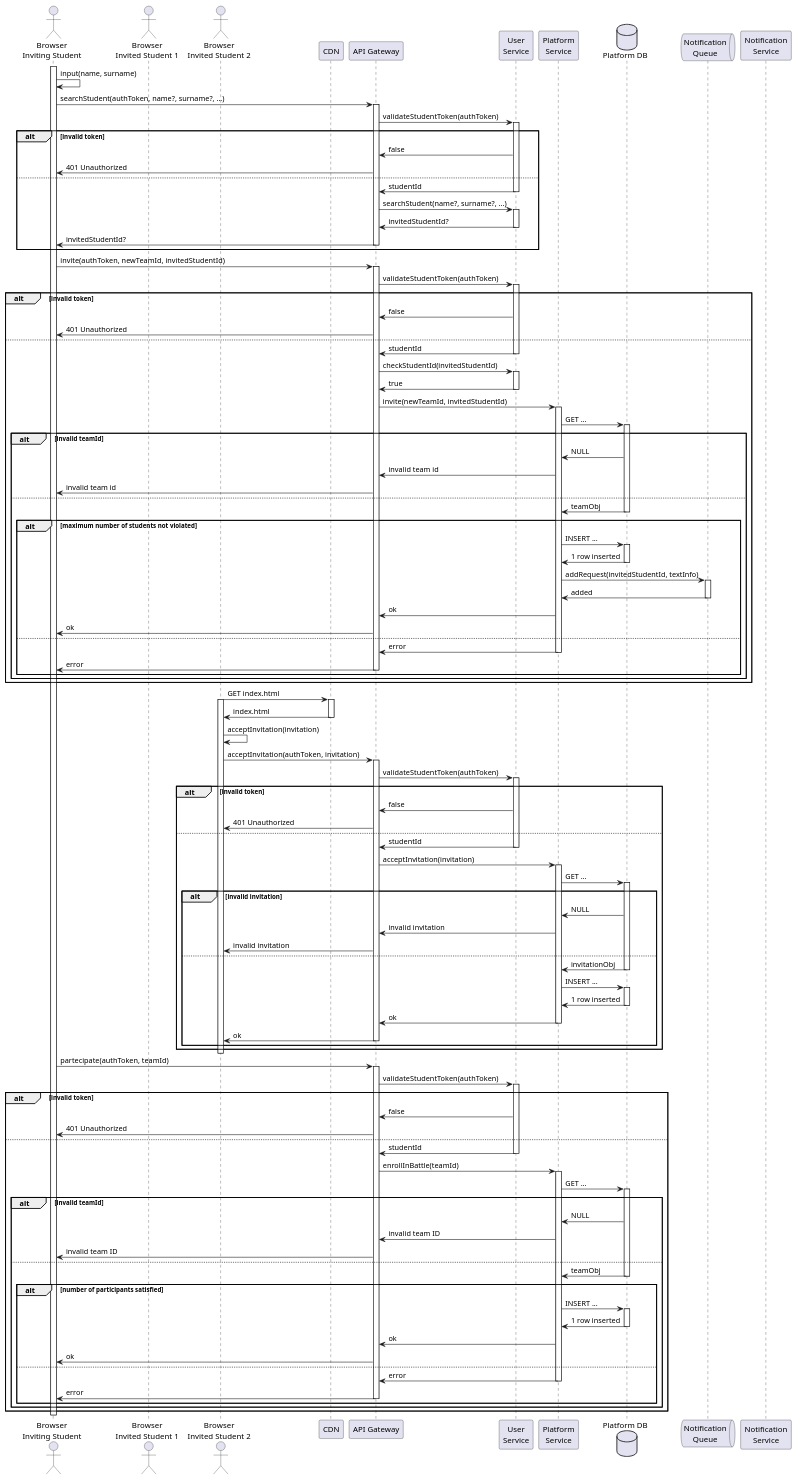
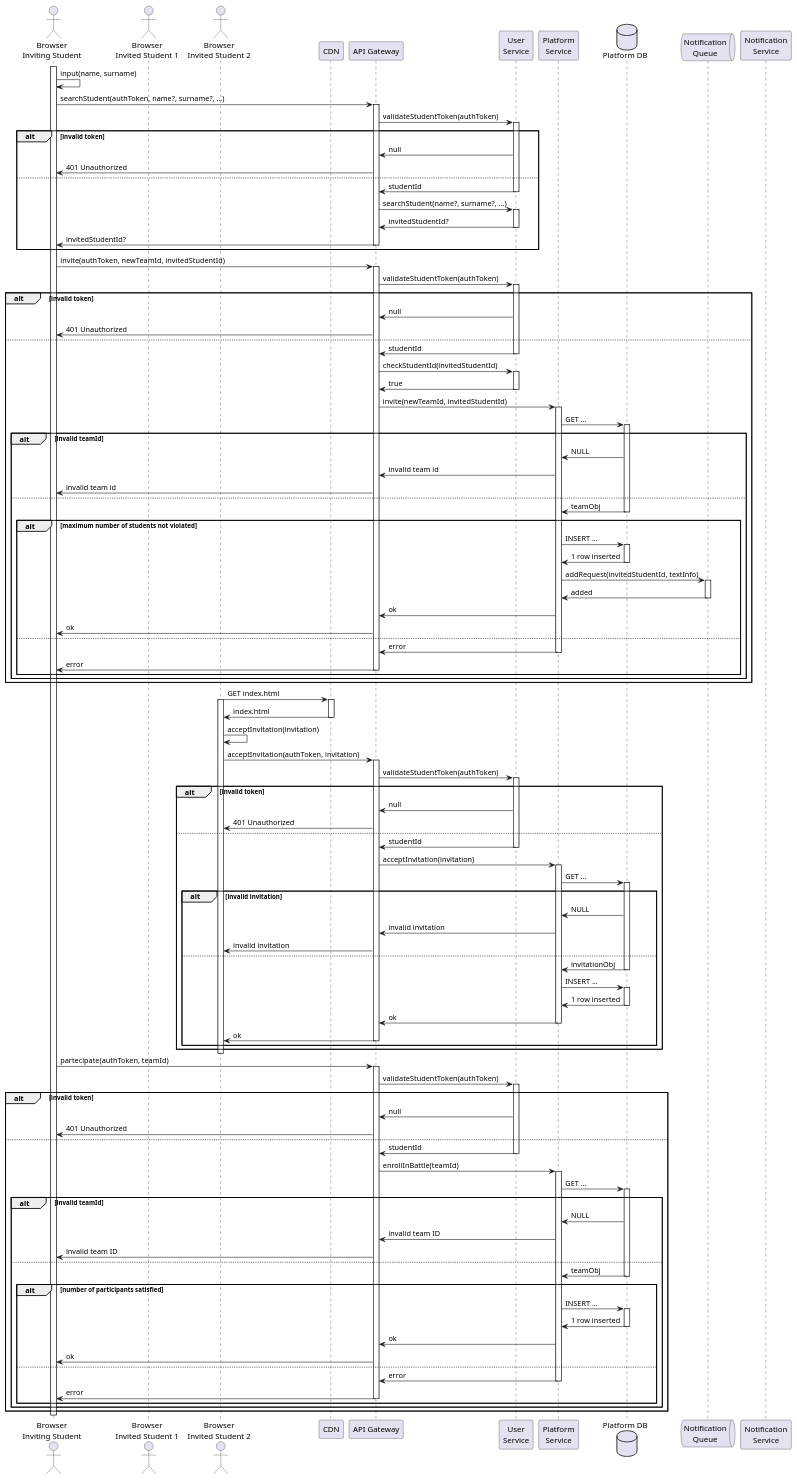
One commit to Furrrlo/CodeKataBattle changed the diagram in dd/puml/rw5-part2.puml. Above: the diagram before and after it, drawn with PlantUML. The commit also changed 13 other files, not shown here.

```diff
--- a/dd/puml/rw5-part2.puml
+++ b/dd/puml/rw5-part2.puml
@@ -1,127 +1,127 @@
 @startuml RW4 - Students create a team for a tournament battle
 
 actor "Browser\nInviting Student" as Browser
 actor "Browser\nInvited Student 1" as Browser1
 actor "Browser\nInvited Student 2" as Browser2
 participant CDN
 participant "API Gateway" as gateway
 participant "User\nService" as auth
 
 participant "Platform\nService" as platform
 database "Platform DB" as platformDb
 
 queue  "Notification\nQueue" as notificationQueue
 participant "Notification\nService" as notification
 
 'INVITE STUDENT 2
 activate Browser
 Browser -> Browser : input(name, surname)
 
 Browser -> gateway ++ : searchStudent(authToken, name?, surname?, ...)
 gateway -> auth ++ : validateStudentToken(authToken)
 alt invalid token
-    gateway <- auth : false
+    gateway <- auth : null
     Browser <- gateway : 401 Unauthorized
 else
     gateway <- auth -- : studentId
     gateway -> auth ++ : searchStudent(name?, surname?, ...)
     gateway <- auth -- : invitedStudentId?
     Browser <- gateway -- : invitedStudentId?
 end
 
 Browser -> gateway ++ : invite(authToken, newTeamId, invitedStudentId)
 gateway -> auth ++ : validateStudentToken(authToken)
 alt invalid token
-    gateway <- auth : false
+    gateway <- auth : null
     Browser <- gateway : 401 Unauthorized
 else
     gateway <- auth -- : studentId
     gateway -> auth ++ : checkStudentId(invitedStudentId)
     gateway <- auth -- : true
     gateway -> platform ++ : invite(newTeamId, invitedStudentId)
     platform -> platformDb ++ : GET ...
 
     alt invalid teamId
         platform <- platformDb : NULL
         gateway <- platform : invalid team id
         Browser <- gateway : invalid team id
     else
         platform <- platformDb -- : teamObj
 
         alt maximum number of students not violated
             platform -> platformDb ++ : INSERT ...
             platform <- platformDb -- : 1 row inserted
             platform -> notificationQueue ++ : addRequest(invitedStudentId, textInfo)
             platform <- notificationQueue -- : added
             gateway <- platform : ok
             Browser <- gateway : ok
         else
             gateway <- platform -- : error
             Browser <- gateway -- : error
 
         end
     end
 end
 
 'STUDENT 2 ACCEPTS INVITATION
 Browser2 -> CDN ++ : GET index.html
 activate Browser2
 Browser2 <- CDN -- : index.html
 Browser2 -> Browser2 : acceptInvitation(invitation)
 Browser2 -> gateway ++ : acceptInvitation(authToken, invitation)
 gateway -> auth ++ : validateStudentToken(authToken)
 alt invalid token
-    gateway <- auth : false
+    gateway <- auth : null
     Browser2 <- gateway : 401 Unauthorized
 else
     gateway <- auth -- : studentId
     gateway -> platform ++ : acceptInvitation(invitation)
     platform -> platformDb ++ : GET ...
 
     alt invalid invitation
         platform <- platformDb : NULL
         gateway <- platform : invalid invitation
         Browser2 <- gateway : invalid invitation
     else
         platform <- platformDb -- : invitationObj
         platform -> platformDb ++ : INSERT ...
         platform <- platformDb -- : 1 row inserted
         gateway <- platform -- : ok
         Browser2 <- gateway -- : ok
     end
 end
 deactivate Browser2
 
 'PARTECIPATE
 Browser -> gateway ++ : partecipate(authToken, teamId)
 gateway -> auth ++ : validateStudentToken(authToken)
 alt invalid token
-    gateway <- auth : false
+    gateway <- auth : null
     Browser <- gateway : 401 Unauthorized
 else
     gateway <- auth -- : studentId
     gateway -> platform ++ : enrollInBattle(teamId)
     platform -> platformDb ++ : GET ...
 
     alt invalid teamId
         platform <- platformDb : NULL
         gateway <- platform : invalid team ID
         Browser <- gateway : invalid team ID
     else
         platform <- platformDb -- : teamObj
 
         alt number of participants satisfied
             platform -> platformDb ++ : INSERT ...
             platform <- platformDb -- : 1 row inserted
             gateway <- platform : ok
             Browser <- gateway : ok
         else
             gateway <- platform -- : error
             Browser <- gateway -- : error
         end
     end
 end
 
 deactivate Browser
 
 @enduml
```
